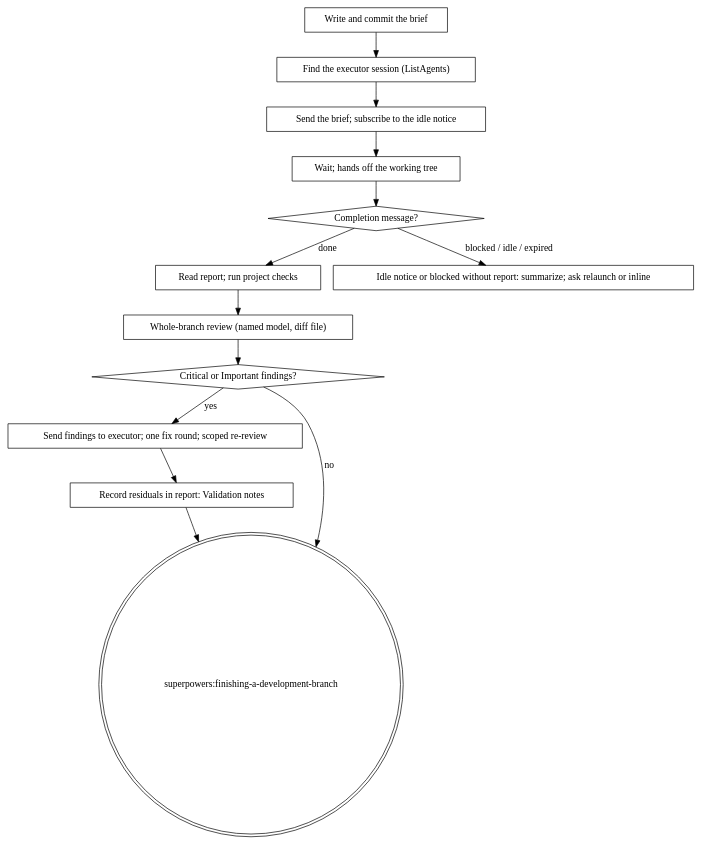
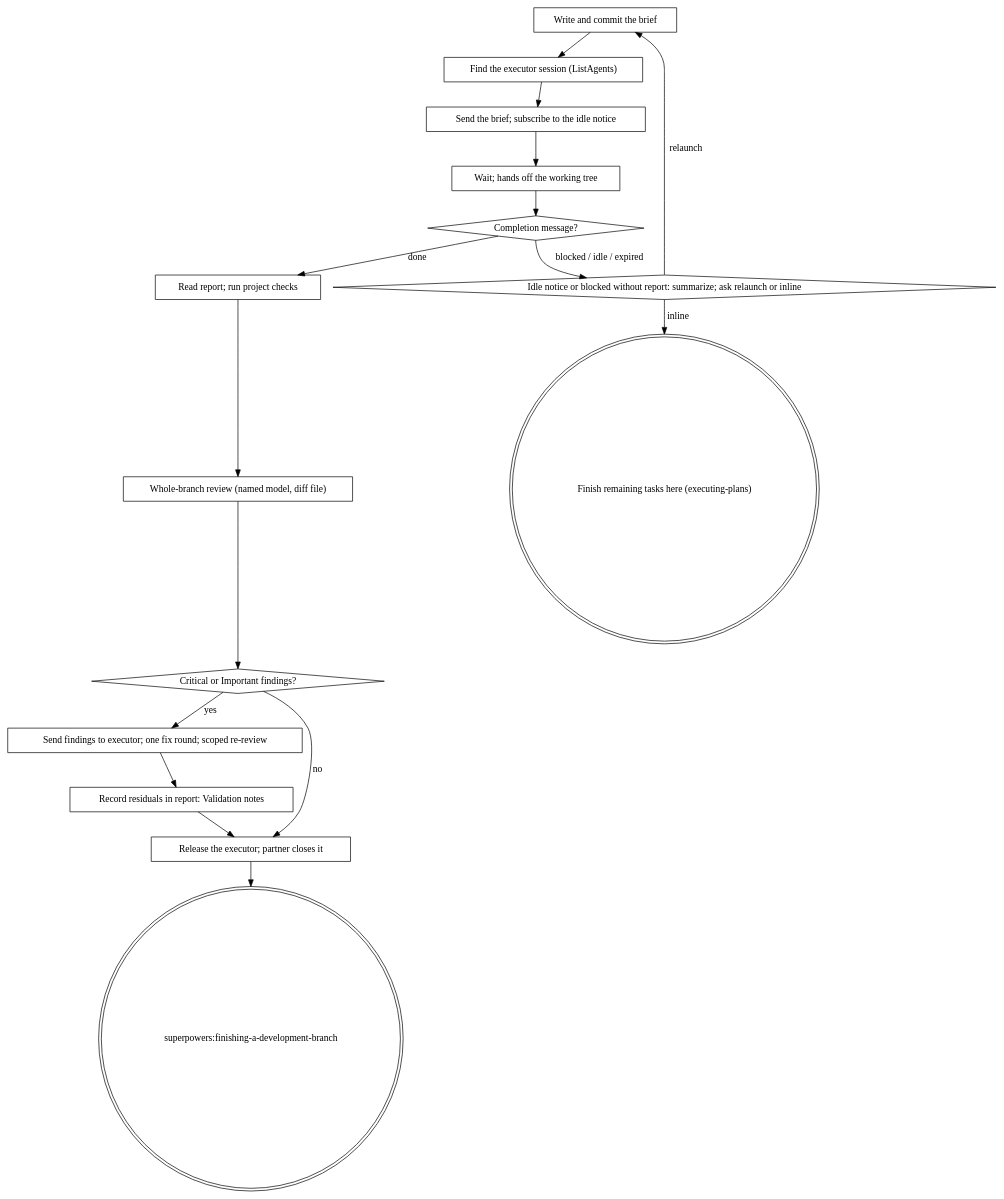
Before and after one commit to ViktorGozhiy/superpowers: the diagram in skills/delegating-execution/SKILL.md, drawn with Graphviz. The commit also changed other lines of this file and 7 other files, not shown here.

Commit message:
fix: name the working directory in the handoff, release the executor, give code-reviewer.md model and diff-file slots, keep the executor off the branch review

````diff
--- a/skills/delegating-execution/SKILL.md
+++ b/skills/delegating-execution/SKILL.md
@@ -20,29 +20,34 @@
 ```dot
 digraph delegating_execution {
     "Write and commit the brief" [shape=box];
     "Find the executor session (ListAgents)" [shape=box];
     "Send the brief; subscribe to the idle notice" [shape=box];
     "Wait; hands off the working tree" [shape=box];
     "Completion message?" [shape=diamond];
     "Read report; run project checks" [shape=box];
     "Whole-branch review (named model, diff file)" [shape=box];
     "Critical or Important findings?" [shape=diamond];
     "Send findings to executor; one fix round; scoped re-review" [shape=box];
     "Record residuals in report: Validation notes" [shape=box];
+    "Release the executor; partner closes it" [shape=box];
     "superpowers:finishing-a-development-branch" [shape=doublecircle];
-    "Idle notice or blocked without report: summarize; ask relaunch or inline" [shape=box];
+    "Idle notice or blocked without report: summarize; ask relaunch or inline" [shape=diamond];
+    "Finish remaining tasks here (executing-plans)" [shape=doublecircle];
 
     "Write and commit the brief" -> "Find the executor session (ListAgents)";
     "Find the executor session (ListAgents)" -> "Send the brief; subscribe to the idle notice";
     "Send the brief; subscribe to the idle notice" -> "Wait; hands off the working tree";
     "Wait; hands off the working tree" -> "Completion message?";
     "Completion message?" -> "Read report; run project checks" [label="done"];
     "Completion message?" -> "Idle notice or blocked without report: summarize; ask relaunch or inline" [label="blocked / idle / expired"];
     "Read report; run project checks" -> "Whole-branch review (named model, diff file)";
     "Whole-branch review (named model, diff file)" -> "Critical or Important findings?";
-    "Critical or Important findings?" -> "superpowers:finishing-a-development-branch" [label="no"];
+    "Critical or Important findings?" -> "Release the executor; partner closes it" [label="no"];
     "Critical or Important findings?" -> "Send findings to executor; one fix round; scoped re-review" [label="yes"];
     "Send findings to executor; one fix round; scoped re-review" -> "Record residuals in report: Validation notes";
-    "Record residuals in report: Validation notes" -> "superpowers:finishing-a-development-branch";
+    "Record residuals in report: Validation notes" -> "Release the executor; partner closes it";
+    "Release the executor; partner closes it" -> "superpowers:finishing-a-development-branch";
+    "Idle notice or blocked without report: summarize; ask relaunch or inline" -> "Write and commit the brief" [label="relaunch"];
+    "Idle notice or blocked without report: summarize; ask relaunch or inline" -> "Finish remaining tasks here (executing-plans)" [label="inline"];
 }
 ```
````
